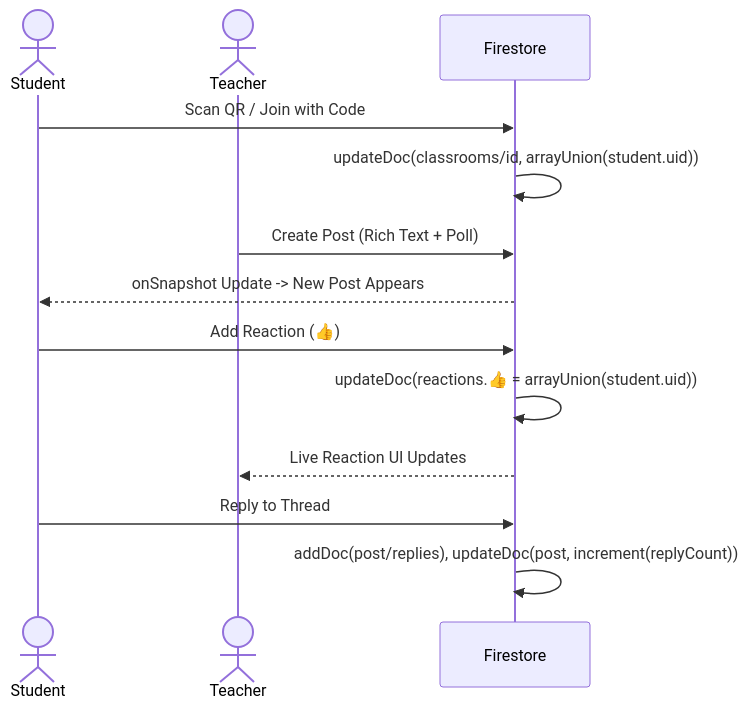
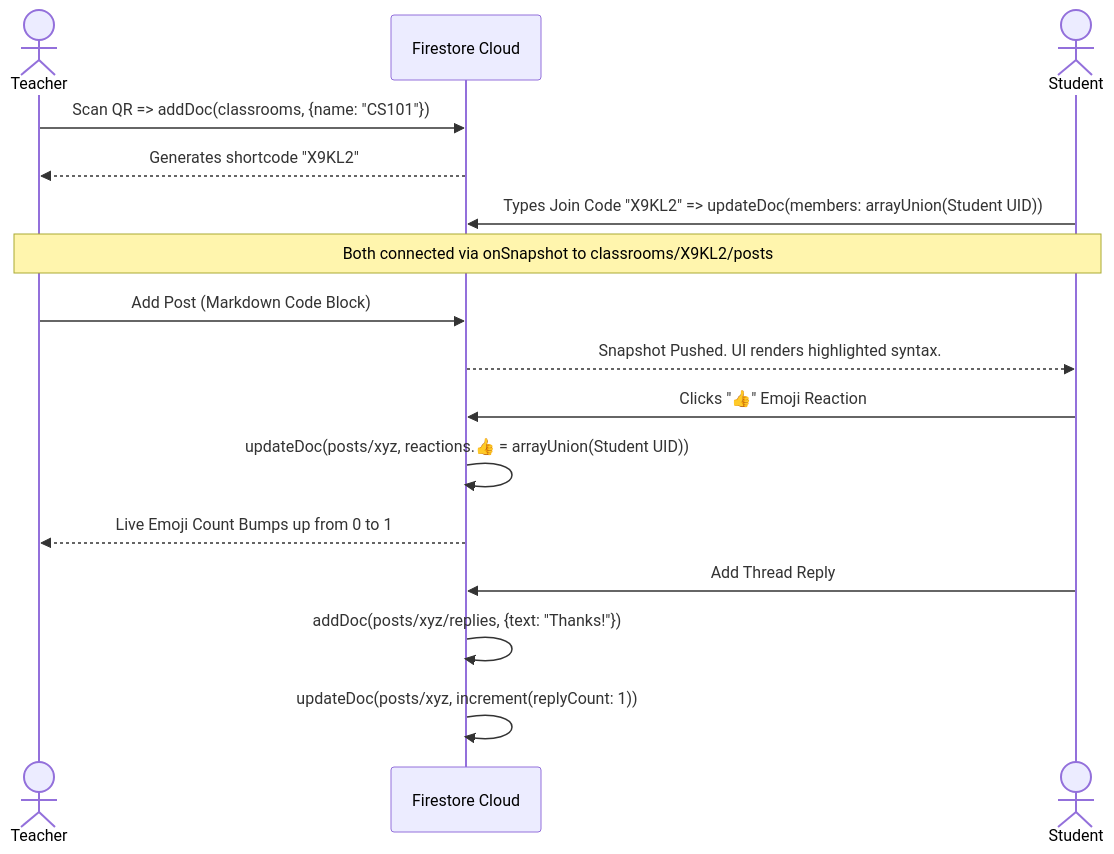
Before and after one commit to Bad087/CampusAlert101: the sixth of 7 diagrams in README.md, drawn with Mermaid. The commit also changed other lines of this file, not shown here.

````diff
--- a/README.md
+++ b/README.md
@@ -244,19 +369,24 @@
 ```mermaid
 sequenceDiagram
+    actor Teacher
+    participant DB as Firestore Cloud
     actor Student
-    actor Teacher
-    participant DB as Firestore
-    
-    Student->>DB: Scan QR / Join with Code
-    DB->>DB: updateDoc(classrooms/id, arrayUnion(student.uid))
-    
-    Teacher->>DB: Create Post (Rich Text + Poll)
-    DB-->>Student: onSnapshot Update -> New Post Appears
-    
-    Student->>DB: Add Reaction (👍)
-    DB->>DB: updateDoc(reactions.👍 = arrayUnion(student.uid))
-    DB-->>Teacher: Live Reaction UI Updates
-    
-    Student->>DB: Reply to Thread
-    DB->>DB: addDoc(post/replies), updateDoc(post, increment(replyCount))
+
+    Teacher->>DB: Scan QR => addDoc(classrooms, {name: "CS101"})
+    DB-->>Teacher: Generates shortcode "X9KL2"
+
+    Student->>DB: Types Join Code "X9KL2" => updateDoc(members: arrayUnion(Student UID))
+
+    Note over Student, Teacher: Both connected via onSnapshot to classrooms/X9KL2/posts
+
+    Teacher->>DB: Add Post (Markdown Code Block)
+    DB-->>Student: Snapshot Pushed. UI renders highlighted syntax.
+
+    Student->>DB: Clicks "👍" Emoji Reaction
+    DB->>DB: updateDoc(posts/xyz, reactions.👍 = arrayUnion(Student UID))
+    DB-->>Teacher: Live Emoji Count Bumps up from 0 to 1
+
+    Student->>DB: Add Thread Reply
+    DB->>DB: addDoc(posts/xyz/replies, {text: "Thanks!"})
+    DB->>DB: updateDoc(posts/xyz, increment(replyCount: 1))
 ```
````
